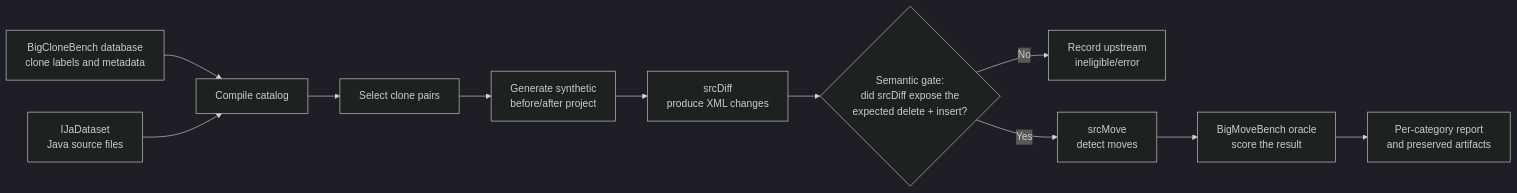
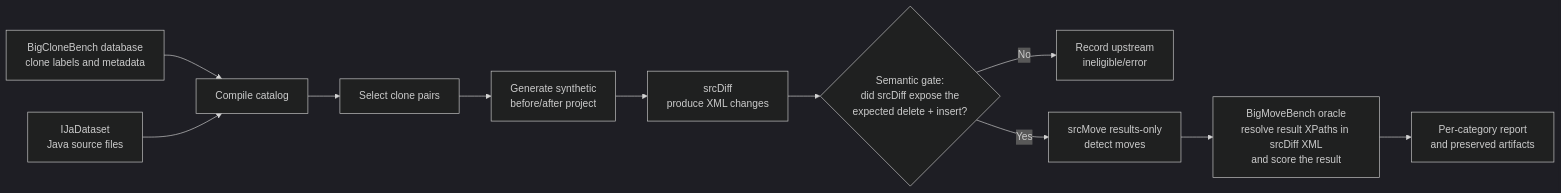
Before and after one commit to NickStafford2/srcMove: the diagram in bigMoveBench/docs/diagram.md, drawn with Mermaid (dark theme). The commit also changed 12 other files, not shown here.

Commit message:
BigMoveBench: run benchmarks with --results-only by default.

````diff
--- a/bigMoveBench/docs/diagram.md
+++ b/bigMoveBench/docs/diagram.md
@@ -1,13 +1,13 @@
 ```mermaid
 flowchart LR
     A["BigCloneBench database<br/>clone labels and metadata"] --> C["Compile catalog"]
     B["IJaDataset<br/>Java source files"] --> C
     C --> D["Select clone pairs"]
     D --> E["Generate synthetic<br/>before/after project"]
     E --> F["srcDiff<br/>produce XML changes"]
     F --> G{"Semantic gate:<br/>did srcDiff expose the<br/>expected delete + insert?"}
     G -->|No| H["Record upstream<br/>ineligible/error"]
-    G -->|Yes| I["srcMove<br/>detect moves"]
-    I --> J["BigMoveBench oracle<br/>score the result"]
+    G -->|Yes| I["srcMove results-only<br/>detect moves"]
+    I --> J["BigMoveBench oracle<br/>resolve result XPaths in srcDiff XML<br/>and score the result"]
     J --> K["Per-category report<br/>and preserved artifacts"]
 ```
````
